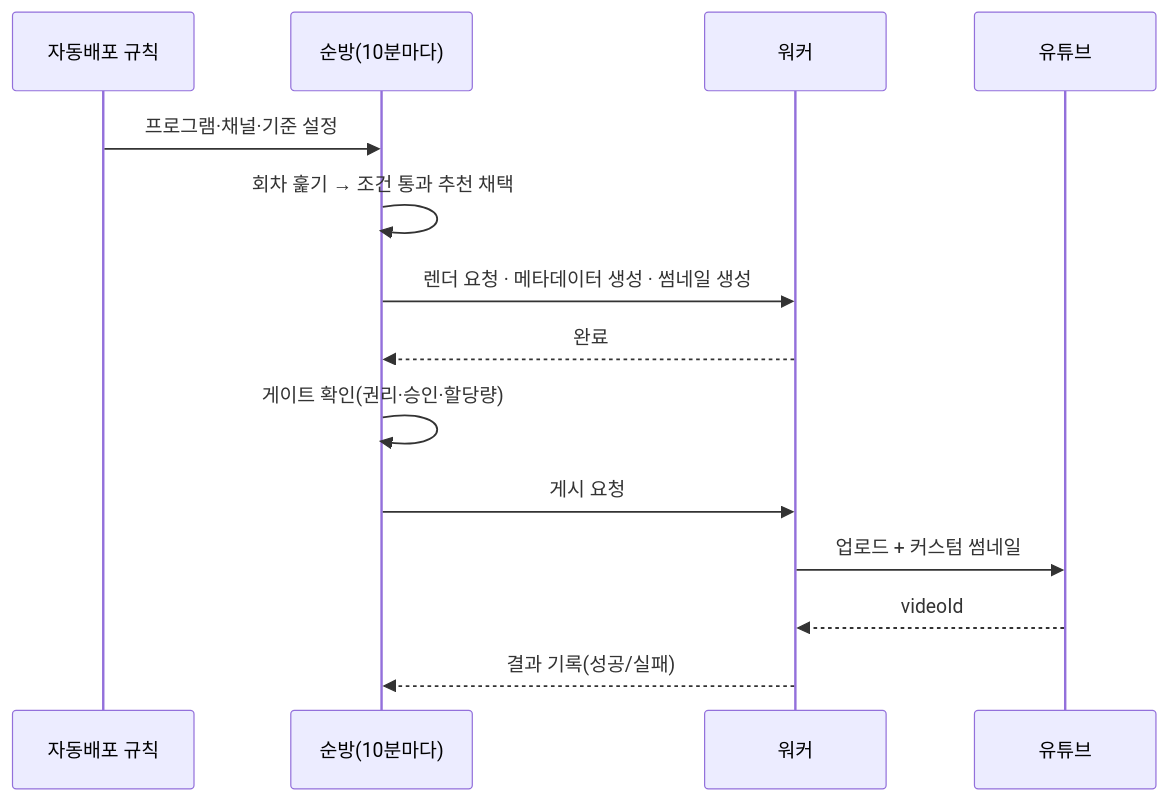
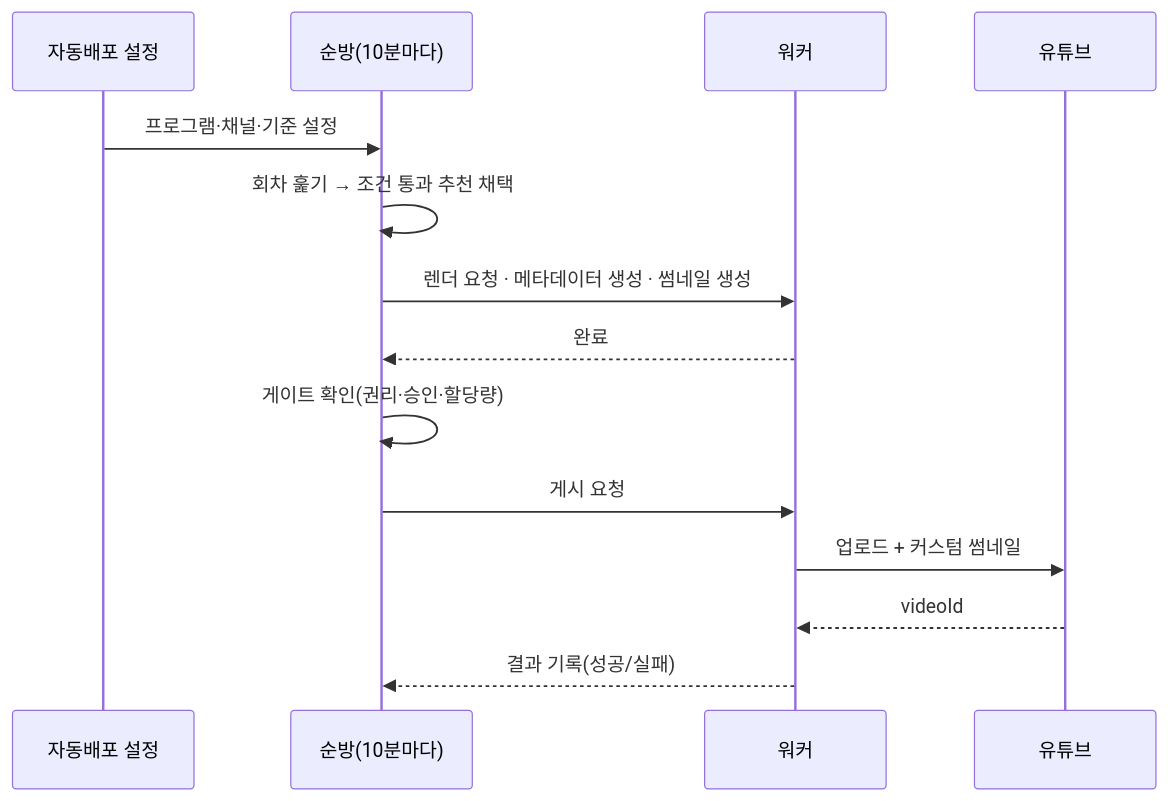
The fifth of 5 diagrams in docs/ops/how-it-works.md (STEP-AI-organization/STEP-D-V2), drawn with Mermaid before and after one commit. The commit also changed other lines of this file and 20 other files, not shown here.

````diff
--- a/docs/ops/how-it-works.md
+++ b/docs/ops/how-it-works.md
@@ -413,17 +413,17 @@
 ```mermaid
 sequenceDiagram
-    participant R as 자동배포 규칙
+    participant R as 자동배포 설정
     participant C as 순방(10분마다)
     participant W as 워커
     participant Y as 유튜브
 
     R->>C: 프로그램·채널·기준 설정
     C->>C: 회차 훑기 → 조건 통과 추천 채택
     C->>W: 렌더 요청 · 메타데이터 생성 · 썸네일 생성
     W-->>C: 완료
     C->>C: 게이트 확인(권리·승인·할당량)
     C->>W: 게시 요청
     W->>Y: 업로드 + 커스텀 썸네일
     Y-->>W: videoId
     W-->>C: 결과 기록(성공/실패)
 ```
````
